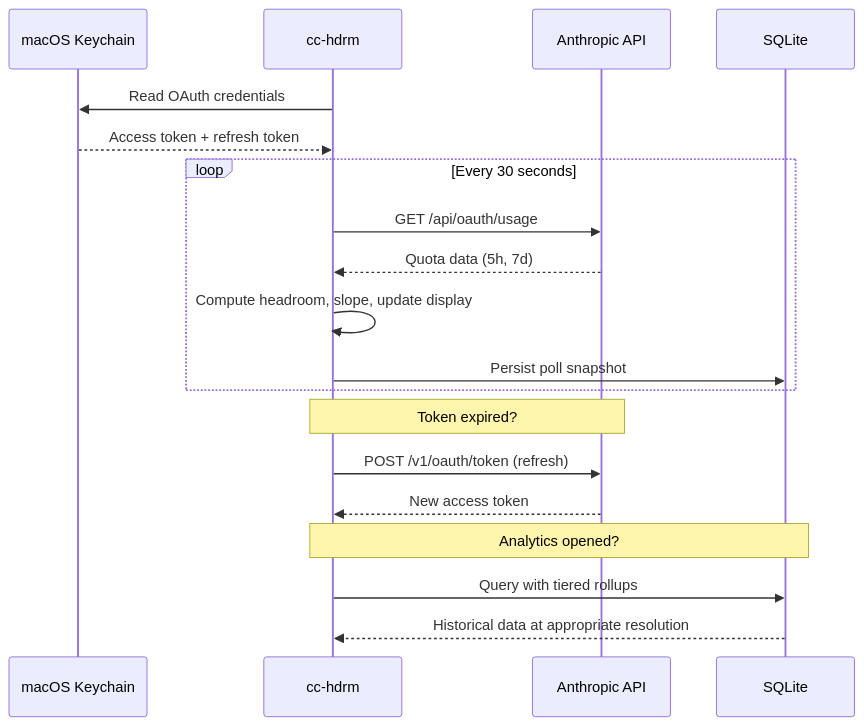
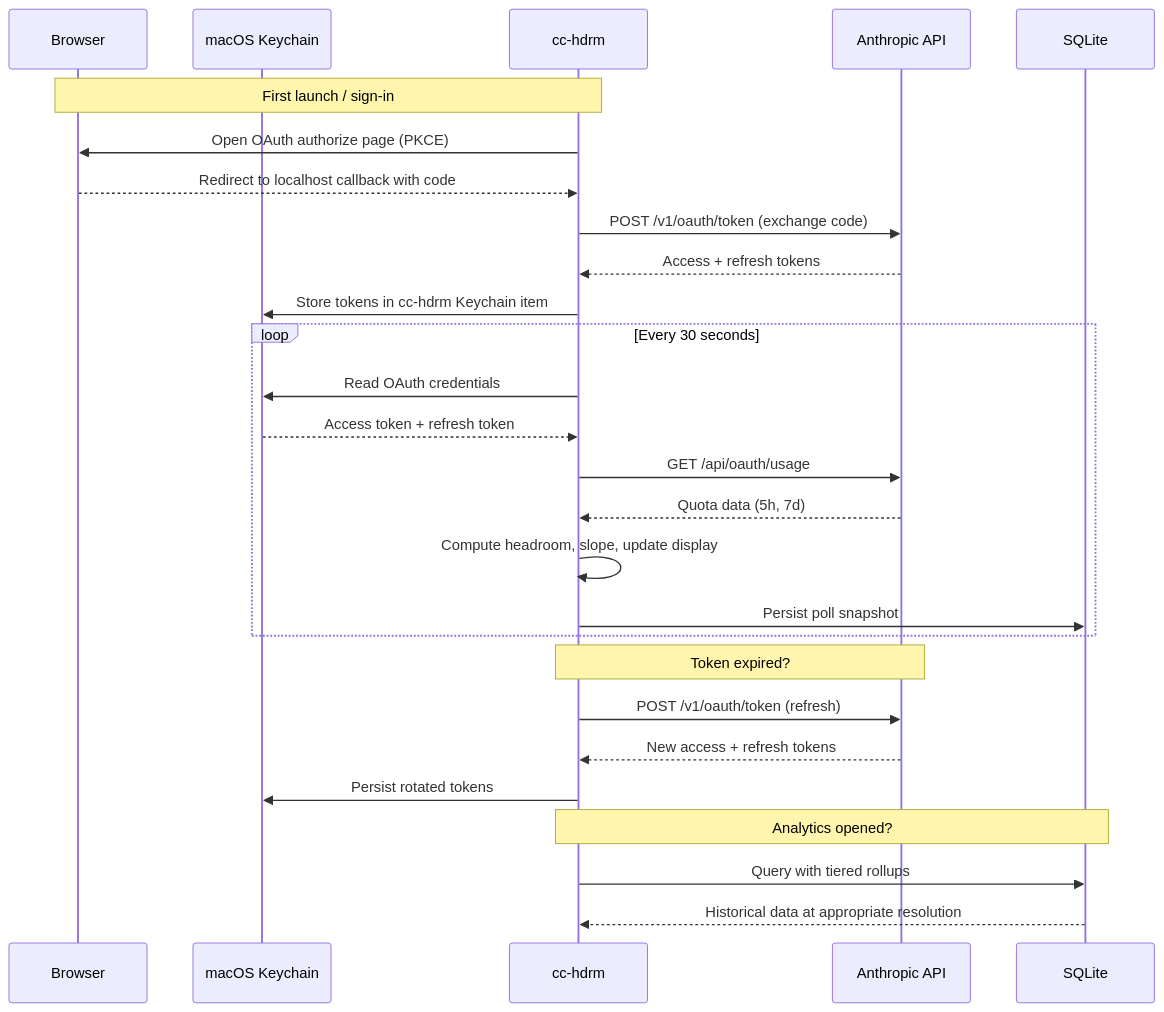
The diagram in README.md (rajish/cc-hdrm), drawn with Mermaid before and after one commit. The commit also changed other lines of this file and 24 other files, not shown here.

First line of the commit message:
[minor] feat: independent OAuth authentication with browser sign-in (#85)

````diff
--- a/README.md
+++ b/README.md
@@ -130,22 +137,31 @@
 ```mermaid
 sequenceDiagram
+    participant B as Browser
     participant K as macOS Keychain
     participant A as cc-hdrm
     participant API as Anthropic API
     participant DB as SQLite
 
-    A->>K: Read OAuth credentials
-    K-->>A: Access token + refresh token
+    Note over B,A: First launch / sign-in
+    A->>B: Open OAuth authorize page (PKCE)
+    B-->>A: Redirect to localhost callback with code
+    A->>API: POST /v1/oauth/token (exchange code)
+    API-->>A: Access + refresh tokens
+    A->>K: Store tokens in cc-hdrm Keychain item
+
     loop Every 30 seconds
+        A->>K: Read OAuth credentials
+        K-->>A: Access token + refresh token
         A->>API: GET /api/oauth/usage
         API-->>A: Quota data (5h, 7d)
         A->>A: Compute headroom, slope, update display
         A->>DB: Persist poll snapshot
     end
     Note over A,API: Token expired?
     A->>API: POST /v1/oauth/token (refresh)
-    API-->>A: New access token
+    API-->>A: New access + refresh tokens
+    A->>K: Persist rotated tokens
     Note over A,DB: Analytics opened?
     A->>DB: Query with tiered rollups
     DB-->>A: Historical data at appropriate resolution
 ```
````
